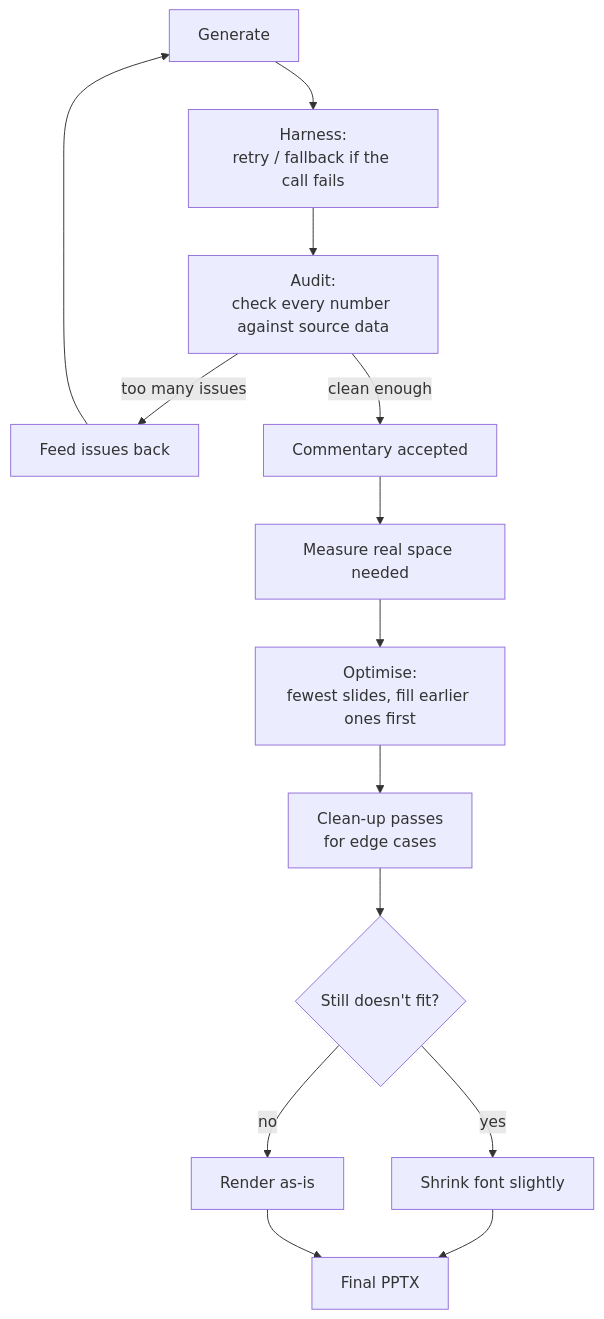
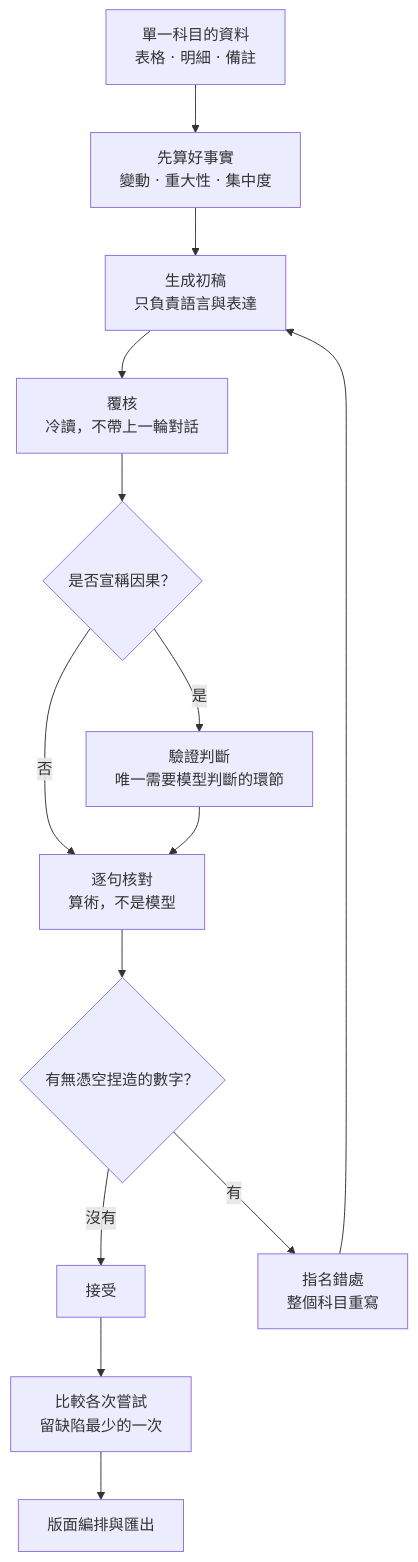
Before and after one commit to yutsang/python-pptx: the second of 2 diagrams in README.md, drawn with Mermaid. The commit also changed other lines of this file and 1 other file, not shown here.

````diff
--- a/README.md
+++ b/README.md
@@ -133,16 +133,16 @@
 ```mermaid
 flowchart TD
-    A[Generate] --> B["Harness:<br/>retry / fallback if the call fails"]
-    B --> C["Audit:<br/>check every number against source data"]
-    C -->|too many issues| D[Feed issues back]
-    D --> A
-    C -->|clean enough| E[Commentary accepted]
-    E --> F[Measure real space needed]
-    F --> G["Optimise:<br/>fewest slides, fill earlier ones first"]
-    G --> H["Clean-up passes<br/>for edge cases"]
-    H --> I{Still doesn't fit?}
-    I -- yes --> J[Shrink font slightly]
-    I -- no --> K[Render as-is]
-    J --> L[Final PPTX]
-    K --> L
+    A[單一科目的資料<br/>表格 · 明細 · 備註] --> B[先算好事實<br/>變動 · 重大性 · 集中度]
+    B --> C[生成初稿<br/>只負責語言與表達]
+    C --> D[覆核<br/>冷讀，不帶上一輪對話]
+    D --> E{是否宣稱因果？}
+    E -- 是 --> F[驗證判斷<br/>唯一需要模型判斷的環節]
+    E -- 否 --> G[逐句核對<br/>算術，不是模型]
+    F --> G
+    G --> H{有無憑空捏造的數字？}
+    H -- 沒有 --> I[接受]
+    H -- 有 --> J[指名錯處<br/>整個科目重寫]
+    J --> C
+    I --> K[比較各次嘗試<br/>留缺陷最少的一次]
+    K --> L[版面編排與匯出]
 ```
````
